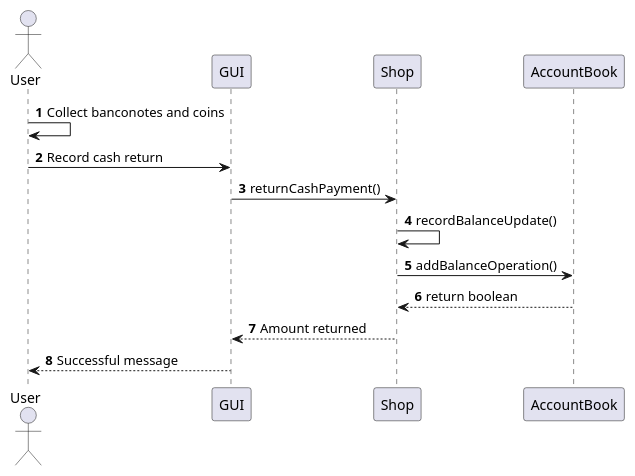
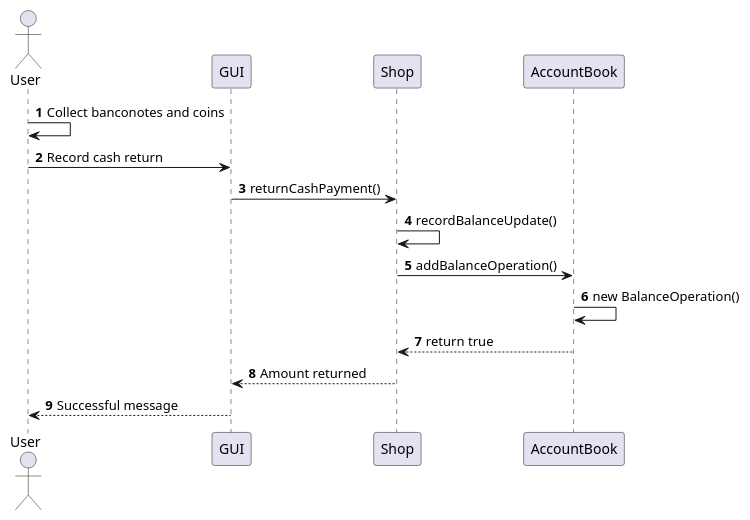
Diagram 23 of 23 in Deliverables/DesignDocument.md (Stormz4/group20-EzShop), drawn with PlantUML before and after one commit. The commit also changed other lines of this file, not shown here.

````diff
--- a/Deliverables/DesignDocument.md
+++ b/Deliverables/DesignDocument.md
@@ -716,14 +787,15 @@
 ```plantuml
 @startuml
 Actor User
 autonumber
 User -> User: Collect banconotes and coins
 User -> GUI: Record cash return
 GUI -> Shop: returnCashPayment()
 Shop -> Shop: recordBalanceUpdate()
 Shop -> AccountBook: addBalanceOperation()
-AccountBook --> Shop: return boolean
+AccountBook -> AccountBook: new BalanceOperation()
+AccountBook --> Shop: return true
 Shop --> GUI: Amount returned
 GUI --> User: Successful message
 @enduml
 ```
````
